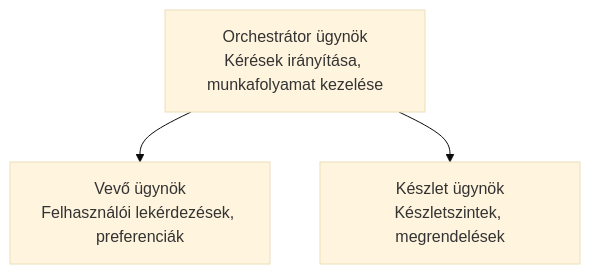
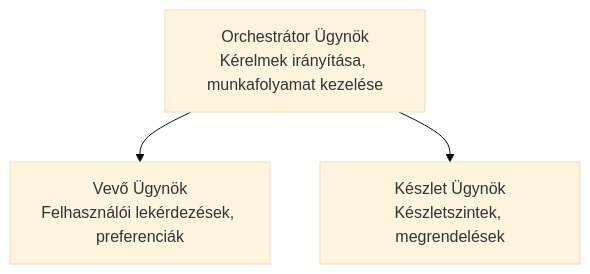
Before and after one commit to microsoft/AZD-for-beginners: the diagram in translations/hu/docs/chapter-05-multi-agent/README.md, drawn with Mermaid (base theme). The commit also changed other lines of this file and 104 other files, not shown here.

````diff
--- a/translations/hu/docs/chapter-05-multi-agent/README.md
+++ b/translations/hu/docs/chapter-05-multi-agent/README.md
@@ -52,5 +54,5 @@
 ```mermaid
 graph TD
-    Orchestrator[Orchestrátor ügynök<br/>Kérések irányítása, munkafolyamat kezelése] --> Customer[Vevő ügynök<br/>Felhasználói lekérdezések, preferenciák]
-    Orchestrator --> Inventory[Készlet ügynök<br/>Készletszintek, megrendelések]
+    Orchestrator[Orchestrátor Ügynök<br/>Kérelmek irányítása, munkafolyamat kezelése] --> Customer[Vevő Ügynök<br/>Felhasználói lekérdezések, preferenciák]
+    Orchestrator --> Inventory[Készlet Ügynök<br/>Készletszintek, megrendelések]
 ```
````
